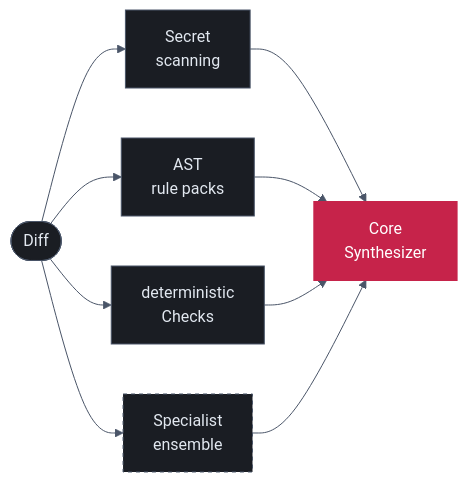
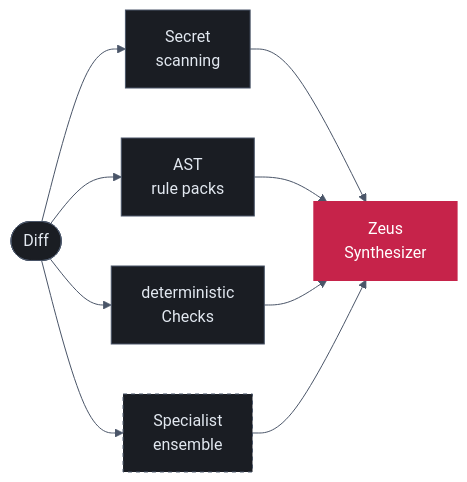
One commit to Arc-and-Anchor/sigilix-docs changed the diagram in how-it-works/deterministic-checks.mdx. Above: the diagram before and after it, drawn with Mermaid. The commit also changed other lines of this file and 34 other files, not shown here.

````diff
--- a/how-it-works/deterministic-checks.mdx
+++ b/how-it-works/deterministic-checks.mdx
@@ -22,32 +22,32 @@
 ```mermaid
 %%{init: {
   'theme': 'base',
   'themeVariables': {
     'primaryColor': '#1A1D23',
     'primaryTextColor': '#E2E8F0',
     'primaryBorderColor': '#4A5568',
     'lineColor': '#4A5568',
     'fontFamily': 'ui-monospace, SFMono-Regular, Menlo, Monaco, Consolas, monospace'
   }
 } }%%
 flowchart LR
     diff([Diff])
     sec["Secret<br/>scanning"]
     ast["AST<br/>rule packs"]
     det["deterministic<br/>Checks"]
     ensemble["Specialist<br/>ensemble"]
-    core["Core<br/>Synthesizer"]
+    zeus["Zeus<br/>Synthesizer"]
 
-    diff --> sec --> core
-    diff --> ast --> core
-    diff --> det --> core
-    diff --> ensemble --> core
+    diff --> sec --> zeus
+    diff --> ast --> zeus
+    diff --> det --> zeus
+    diff --> ensemble --> zeus
 
     classDef pre fill:#1A1D23,stroke:#4A5568,color:#E2E8F0,stroke-width:1px
     classDef llm fill:#1A1D23,stroke:#4A5568,color:#E2E8F0,stroke-width:1px,stroke-dasharray: 4 4
-    classDef core fill:#C6234A,stroke:#C6234A,color:#FFFFFF,stroke-width:2px
+    classDef zeusStyle fill:#C6234A,stroke:#C6234A,color:#FFFFFF,stroke-width:2px
 
     class sec,ast,det pre
     class ensemble llm
-    class core core
+    class zeus zeusStyle
 ```
````
